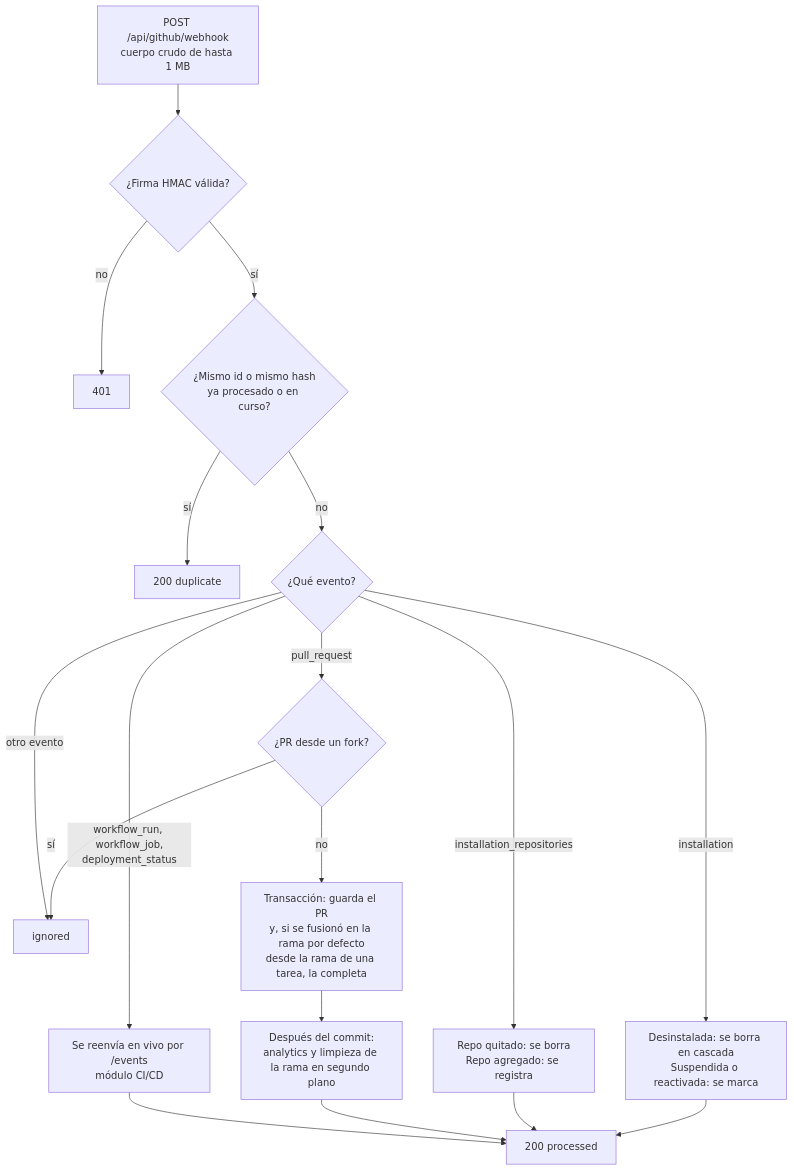
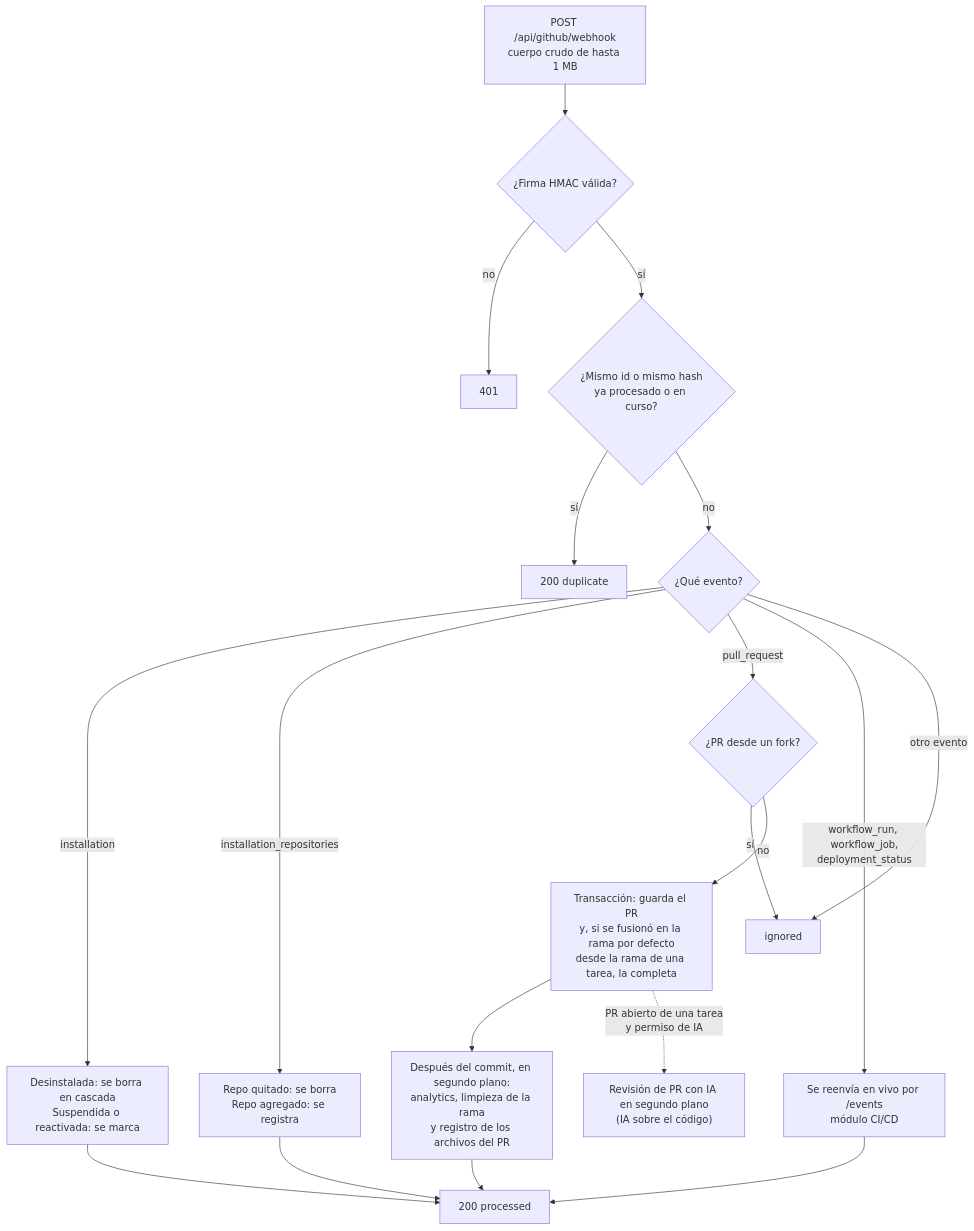
Before and after one commit to PabloP150/proyecto-is-cc6: the second of 4 diagrams in documentacion/06-flujos/07-github.md, drawn with Mermaid. The commit also changed other lines of this file and 204 other files, not shown here.

First line of the commit message:
docs: update all documentation, diagrams and PNGs to the test/e2e state

````diff
--- a/documentacion/06-flujos/07-github.md
+++ b/documentacion/06-flujos/07-github.md
@@ -38,20 +38,21 @@
 ```mermaid
 flowchart TD
     IN["POST /api/github/webhook<br/>cuerpo crudo de hasta 1 MB"] --> SIG{"¿Firma HMAC válida?"}
     SIG -->|"no"| R401["401"]
     SIG -->|"sí"| DUP{"¿Mismo id o mismo hash<br/>ya procesado o en curso?"}
     DUP -->|"sí"| R200D["200 duplicate"]
     DUP -->|"no"| EV{"¿Qué evento?"}
     EV -->|"installation"| INS["Desinstalada: se borra en cascada<br/>Suspendida o reactivada: se marca"]
     EV -->|"installation_repositories"| REP["Repo quitado: se borra<br/>Repo agregado: se registra"]
     EV -->|"pull_request"| FORK{"¿PR desde un fork?"}
     FORK -->|"sí"| IGN["ignored"]
     FORK -->|"no"| TX["Transacción: guarda el PR<br/>y, si se fusionó en la rama por defecto<br/>desde la rama de una tarea, la completa"]
-    TX --> BG["Después del commit:<br/>analytics y limpieza de la rama en segundo plano"]
+    TX --> BG["Después del commit, en segundo plano:<br/>analytics, limpieza de la rama<br/>y registro de los archivos del PR"]
+    TX -.->|"PR abierto de una tarea<br/>y permiso de IA"| AIR["Revisión de PR con IA en segundo plano<br/>(IA sobre el código)"]
     EV -->|"workflow_run, workflow_job,<br/>deployment_status"| CICD["Se reenvía en vivo por /events<br/>módulo CI/CD"]
     EV -->|"otro evento"| IGN
     INS --> OK["200 processed"]
     REP --> OK
     BG --> OK
     CICD --> OK
 ```
````
